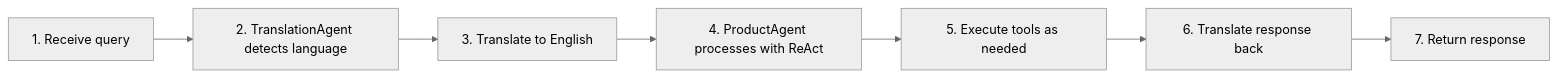
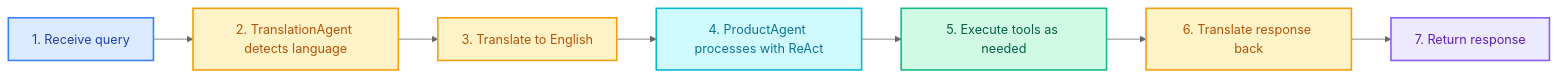
Before and after one commit to mhokchuekchuek/mtl_agent: the diagram in docs/assets/diagrams/modules/customer_chatbot_main_2.mmd, drawn with Mermaid (neutral theme). The commit also changed 92 other files, not shown here.

```diff
--- a/docs/assets/diagrams/modules/customer_chatbot_main_2.mmd
+++ b/docs/assets/diagrams/modules/customer_chatbot_main_2.mmd
@@ -1,7 +1,19 @@
 flowchart LR
     1[1. Receive query] --> 2[2. TranslationAgent detects language]
     2 --> 3[3. Translate to English]
     3 --> 4[4. ProductAgent processes with ReAct]
     4 --> 5[5. Execute tools as needed]
     5 --> 6[6. Translate response back]
     6 --> 7[7. Return response]
+
+    classDef input fill:#dbeafe,stroke:#3b82f6,stroke-width:2px,color:#1e40af
+    classDef translate fill:#fef3c7,stroke:#f59e0b,stroke-width:2px,color:#b45309
+    classDef agent fill:#cffafe,stroke:#06b6d4,stroke-width:2px,color:#0e7490
+    classDef tool fill:#d1fae5,stroke:#10b981,stroke-width:2px,color:#065f46
+    classDef output fill:#ede9fe,stroke:#8b5cf6,stroke-width:2px,color:#5b21b6
+
+    class 1 input
+    class 2,3,6 translate
+    class 4 agent
+    class 5 tool
+    class 7 output
```
